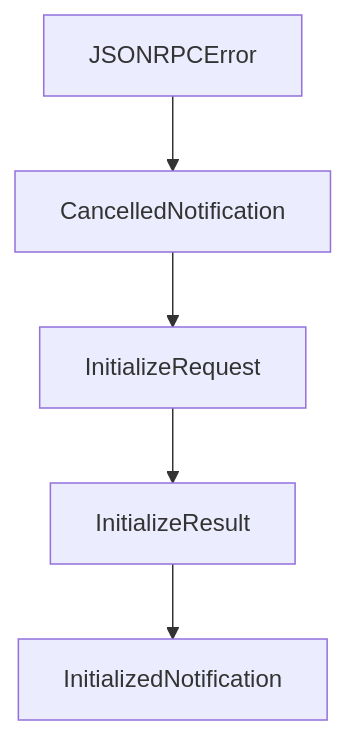
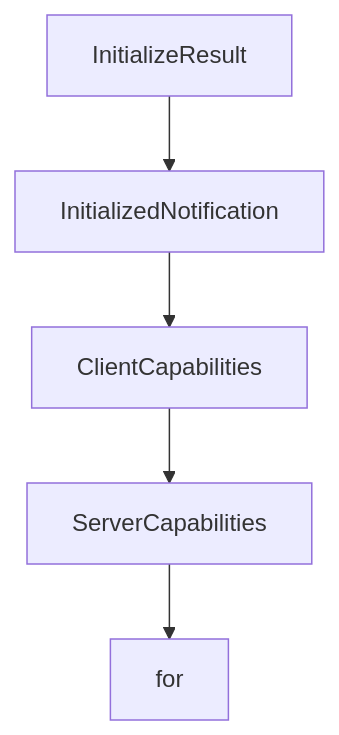
Before and after one commit to johnxie/awesome-code-docs: the second of 2 diagrams in tutorials/mcp-specification-tutorial/02-architecture-and-capability-negotiation.md, drawn with Mermaid. The commit also changed other lines of this file and 1232 other files, not shown here.

````diff
--- a/tutorials/mcp-specification-tutorial/02-architecture-and-capability-negotiation.md
+++ b/tutorials/mcp-specification-tutorial/02-architecture-and-capability-negotiation.md
@@ -231,12 +229,12 @@
 ```mermaid
 flowchart TD
-    A[JSONRPCError]
-    B[CancelledNotification]
-    C[InitializeRequest]
-    D[InitializeResult]
-    E[InitializedNotification]
+    A[InitializeResult]
+    B[InitializedNotification]
+    C[ClientCapabilities]
+    D[ServerCapabilities]
+    E[for]
     A --> B
     B --> C
     C --> D
     D --> E
 ```
````
